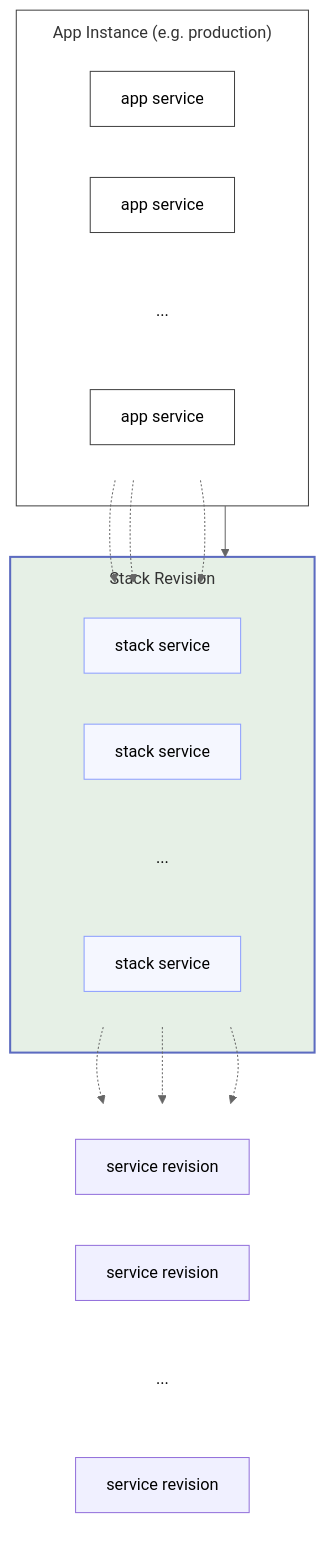
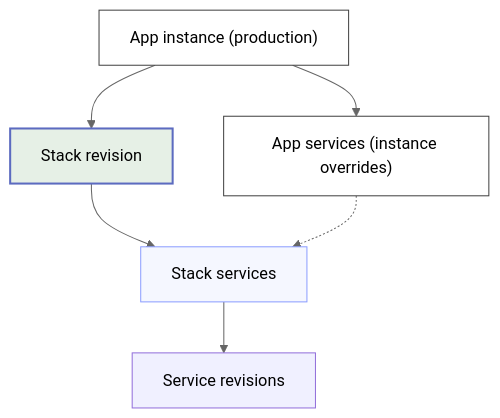
One commit to wodby/docs changed the diagram in 2.0/docs/stacks/index.md. Above: the diagram before and after it, drawn with Mermaid (neutral theme).

Commit message:
Fix stack model diagram

````diff
--- a/2.0/docs/stacks/index.md
+++ b/2.0/docs/stacks/index.md
@@ -29,57 +29,21 @@
 ```mermaid
 flowchart TD
-    subgraph APP["<div style='margin-top:10px; white-space: nowrap;'>App Instance (e.g. production)</div>"]
-        subgraph sapp[ ]
-            direction LR
-            app1["app service"]
-            app2["app service"]
-            appEllipsis["..."]
-            app3["app service"]
-        end
-        style sapp fill:none,stroke:none,stroke-width:0px
-    end
+    AppInstance["App instance (production)"] --> StackRevision["Stack revision"]
+    StackRevision --> StackServices["Stack services"]
+    StackServices --> ServiceRevisions["Service revisions"]
 
-    subgraph SR["<div style='margin-top:10px; white-space: nowrap;'>Stack Revision</div>"]
-        subgraph sstack[ ]
-            direction LR
-            stack1["stack service"]
-            stack2["stack service"]
-            stackEllipsis["..."]
-            stack3["stack service"]
-        end
-        style sstack fill:none,stroke:none,stroke-width:0px
-    end
-
-    subgraph sr[ ]
-        direction LR
-        svc1["service revision"] 
-        svc2["service revision"] 
-        svcEllipsis["..."]
-        svc3["service revision"]
-    end
-    style sr fill:none,stroke:none,stroke-width:0px
-
-    app1 -.-> stack1
-    app2 -.-> stack2
-    app3 -.-> stack3
-
-    stack1 -.-> svc1
-    stack2 -.-> svc2
-    stack3 -.-> svc3
-
-    APP --> SR
+    AppInstance --> AppServices["App services (instance overrides)"]
+    AppServices -.-> StackServices
 
     classDef serviceRevision fill:#f0f0ff,stroke:#9370db,stroke-width:1px
     classDef stackRevision fill:#e6f0e6,stroke:#5c6bc0,stroke-width:2px
     classDef stackService fill:#f5f7ff,stroke:#8c9eff,stroke-width:1px
     classDef appInstance fill:#ffffff,stroke:#424242,stroke-width:1px
     classDef appService fill:#ffffff,stroke:#424242,stroke-width:1px
-    classDef ellipsis fill:none,stroke:none
 
-    class svc1,svc2,svc3 serviceRevision
-    class SR stackRevision
-    class stack1,stack2,stack3 stackService
-    class APP appInstance
-    class app1,app2,app3 appService
-    class stackEllipsis,appEllipsis,svcEllipsis ellipsis
+    class ServiceRevisions serviceRevision
+    class StackRevision stackRevision
+    class StackServices stackService
+    class AppInstance appInstance
+    class AppServices appService
 ```
````
